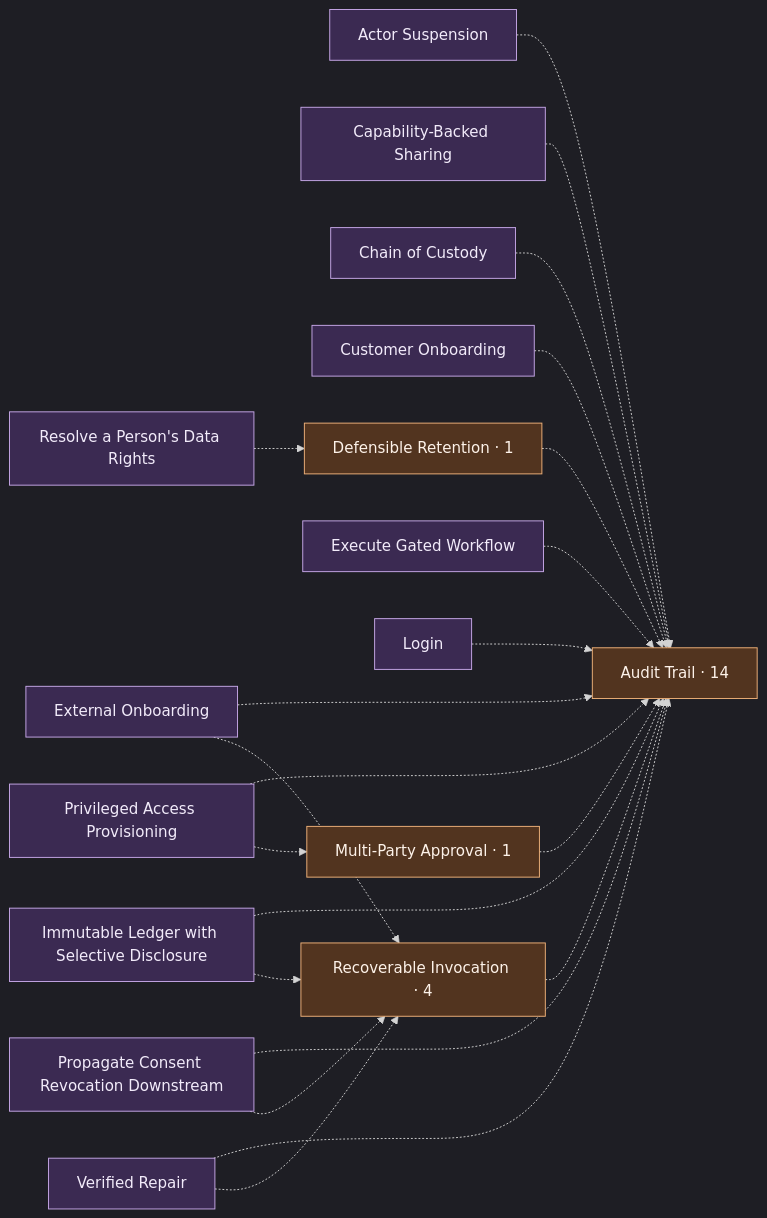
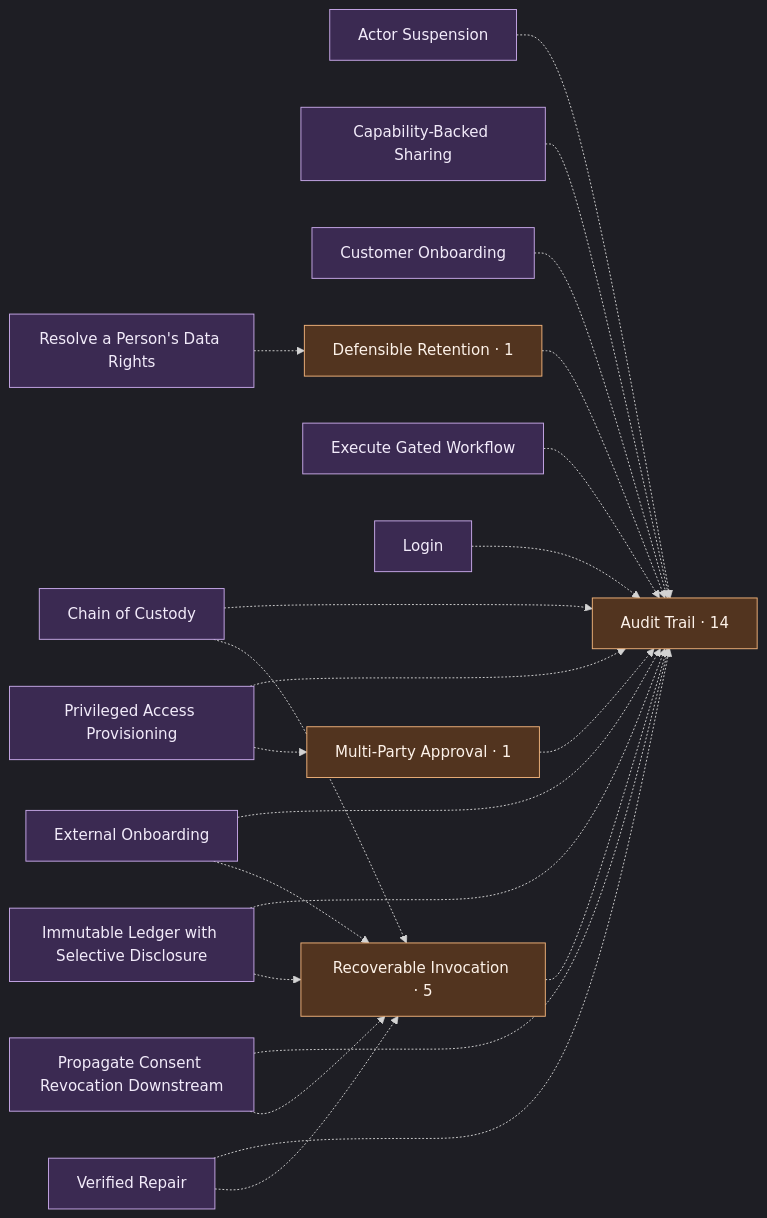
Before and after one commit to scottromack/grace-commons: the first of 2 diagrams in graph.md, drawn with Mermaid. The commit also changed other lines of this file and 63 other files, not shown here.

````diff
--- a/graph.md
+++ b/graph.md
@@ -78,44 +78,45 @@
 ```mermaid
 %%{init: {"theme": "dark", "flowchart": {"htmlLabels": true}} }%%
 flowchart LR
   actor_suspension["Actor Suspension"]
   audit_trail["Audit Trail · 14"]
   capability_backed_sharing["Capability-Backed Sharing"]
   chain_of_custody["Chain of Custody"]
   customer_onboarding["Customer Onboarding"]
   defensible_retention["Defensible Retention · 1"]
   execute_gated_workflow["Execute Gated Workflow"]
   external_onboarding["External Onboarding"]
   immutable_ledger["Immutable Ledger with Selective Disclosure"]
   login["Login"]
   multi_party_approval["Multi-Party Approval · 1"]
   privileged_access_provisioning["Privileged Access Provisioning"]
   propagate_consent_revocation_downstream["Propagate Consent Revocation Downstream"]
-  recoverable_invocation["Recoverable Invocation · 4"]
+  recoverable_invocation["Recoverable Invocation · 5"]
   resolve_a_persons_data_rights["Resolve a Person's Data Rights"]
   verified_repair["Verified Repair"]
   actor_suspension -.-> audit_trail
   capability_backed_sharing -.-> audit_trail
   chain_of_custody -.-> audit_trail
+  chain_of_custody -.-> recoverable_invocation
   customer_onboarding -.-> audit_trail
   defensible_retention -.-> audit_trail
   execute_gated_workflow -.-> audit_trail
   external_onboarding -.-> audit_trail
   external_onboarding -.-> recoverable_invocation
   immutable_ledger -.-> audit_trail
   immutable_ledger -.-> recoverable_invocation
   login -.-> audit_trail
   multi_party_approval -.-> audit_trail
   privileged_access_provisioning -.-> audit_trail
   privileged_access_provisioning -.-> multi_party_approval
   propagate_consent_revocation_downstream -.-> audit_trail
   propagate_consent_revocation_downstream -.-> recoverable_invocation
   recoverable_invocation -.-> audit_trail
   resolve_a_persons_data_rights -.-> defensible_retention
   verified_repair -.-> audit_trail
   verified_repair -.-> recoverable_invocation
   classDef comp fill:#3b2a52,stroke:#c7a8e8,color:#f2ebfa;
   classDef spine fill:#52341f,stroke:#f0b27a,color:#fdf2e9;
   class actor_suspension,audit_trail,capability_backed_sharing,chain_of_custody,customer_onboarding,defensible_retention,execute_gated_workflow,external_onboarding,immutable_ledger,login,multi_party_approval,privileged_access_provisioning,propagate_consent_revocation_downstream,recoverable_invocation,resolve_a_persons_data_rights,verified_repair comp;
   class audit_trail,defensible_retention,multi_party_approval,recoverable_invocation spine;
 ```
````
